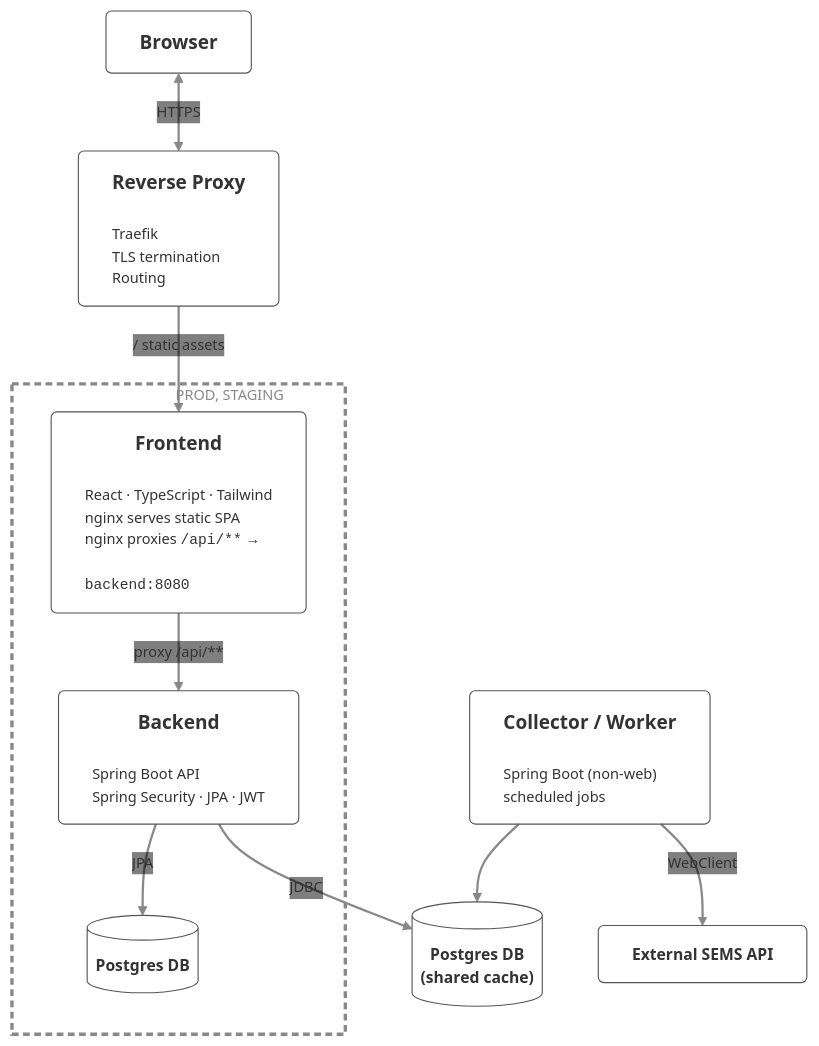
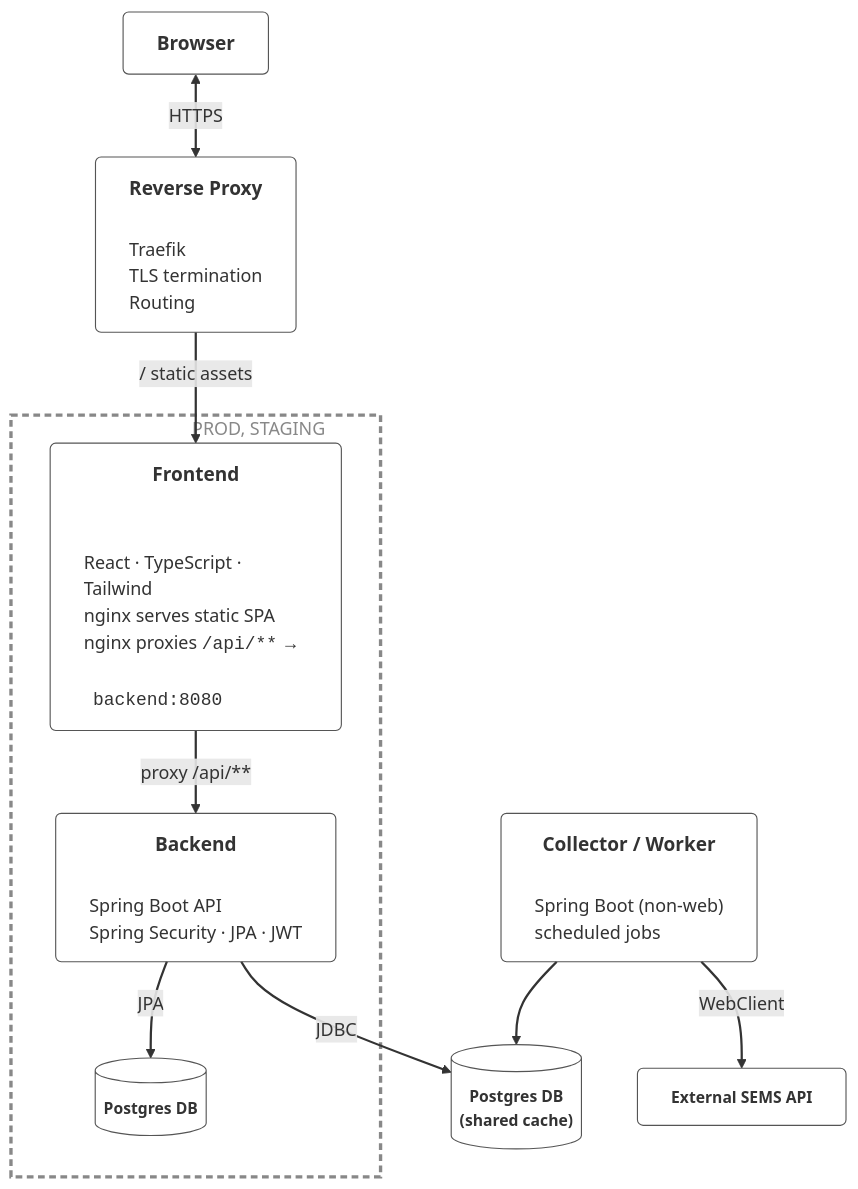
One commit to MarkusDunkel/homewatts changed the diagram in README.md. Above: the diagram before and after it, drawn with Mermaid.

````diff
--- a/README.md
+++ b/README.md
@@ -33,59 +33,53 @@
 ```mermaid
-%%{init: { "theme": "base",
-  "flowchart": { "curve": "basis", "htmlLabels": true },
-  "themeVariables": {
-    "primaryColor": "transparent",
-    "lineColor": "#888",
-    "fontSize": "13px",
-    "textColor": "#888",
-    "clusterTextColor": "#888"
-    }}}%%
+%%{init: { 
+  "flowchart": { "curve": "basis", "htmlLabels": true }
+}}%%
 graph TD
 
   B["<div style='text-align:center;font-size:17px;color:hsl(var(--foreground))'><b>Browser</b></div>"]
 
   RP["<div style='text-align:center;font-size:17px;color:hsl(var(--foreground));margin-bottom:5px'><b>Reverse Proxy</b></div>
   <div style='text-align:left;color:hsl(var(--foreground))'>Traefik<br/>TLS termination<br/>Routing</div>"]
 
-  subgraph PR["<div style='padding-left:140px;padding-left:0px;color:#888;font-weight:700'>&nbsp;&nbsp;&nbsp;&nbsp;&nbsp;&nbsp;&nbsp;&nbsp;&nbsp;&nbsp;&nbsp;&nbsp;&nbsp;&nbsp;&nbsp;&nbsp;&nbsp;&nbsp;&nbsp;&nbsp;&nbsp;&nbsp;&nbsp;&nbsp;&nbsp;&nbsp;&nbsp;PROD, STAGING</div>"]
+  subgraph PR["&nbsp;&nbsp;&nbsp;&nbsp;&nbsp;&nbsp;&nbsp;&nbsp;&nbsp;&nbsp;&nbsp;&nbsp;&nbsp;&nbsp;&nbsp;&nbsp;&nbsp;&nbsp;&nbsp;&nbsp;&nbsp;&nbsp;&nbsp;&nbsp;&nbsp;&nbsp;&nbsp;PROD, STAGING"]
 
   FE["<div style='text-align:center;font-size:17px;color:hsl(var(--foreground));margin-bottom:5px'><b>Frontend</b></div>
   <div style='text-align:left;color:hsl(var(--foreground))'>React · TypeScript · Tailwind<br/>nginx serves static SPA<br/>nginx proxies <code>/api/**</code> →<br/>
   <code>backend:8080</code></div>"]
 
   BE["<div style='text-align:center;font-size:17px;color:hsl(var(--foreground));margin-bottom:5px'><b>Backend</b></div>
   <div style='text-align:left;color:hsl(var(--foreground))'>Spring Boot API<br/>Spring Security · JPA · JWT</div>"]
   
   DB[("<div style='text-align:center;font-size:14px;color:hsl(var(--foreground))'><b>Postgres DB</b></div>")]
   end
   
   WRK["<div style='text-align:center;font-size:17px;color:hsl(var(--foreground));margin-bottom:5px'><b>Collector / Worker</b></div>
   <div style='text-align:left;color:hsl(var(--foreground))'>Spring Boot (non-web)<br/>scheduled jobs</div>"]
   
   DBC[("<div style='text-align:center;font-size:14px;color:hsl(var(--foreground))'><b>Postgres DB <br/>(shared cache)</b></div>")]
   
   EX["<div style='text-align:center;font-size:14px;color:hsl(var(--foreground))'><b>External SEMS API</b></div>"]
   
   %% --- FLOWS ---
   WRK --> DBC
   B <-->|HTTPS| RP
   RP -->|"/" static assets| FE
   FE -->|proxy /api/**| BE
   BE -->|JPA| DB
   WRK -->|WebClient| EX
   BE --> |JDBC| DBC
   
 
   %% --- CLASS DEFINITIONS ---
   classDef rounded fill:transparent,stroke:#555,stroke-width:1px,rx:5,ry:5
   class FE,BE,WRK,RP,B,EX rounded
   classDef db fill:transparent,stroke:#555,stroke-width:1px
 
   class DBC db
   class DB db
 
   style PR fill:transparent,stroke:#888,stroke-width:3px,stroke-dasharray:6 4,color:#888
 
   %% --- STYLING ALL ARROWS ---
   linkStyle default stroke-width:2px,fill:none
 ```
````
